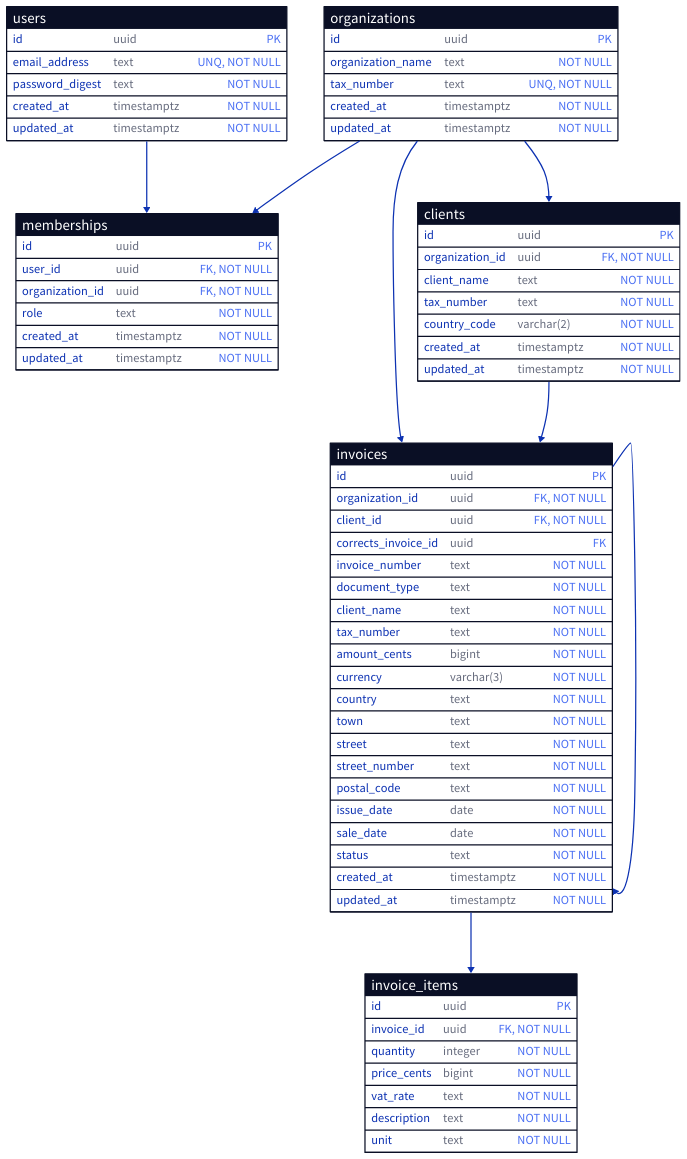
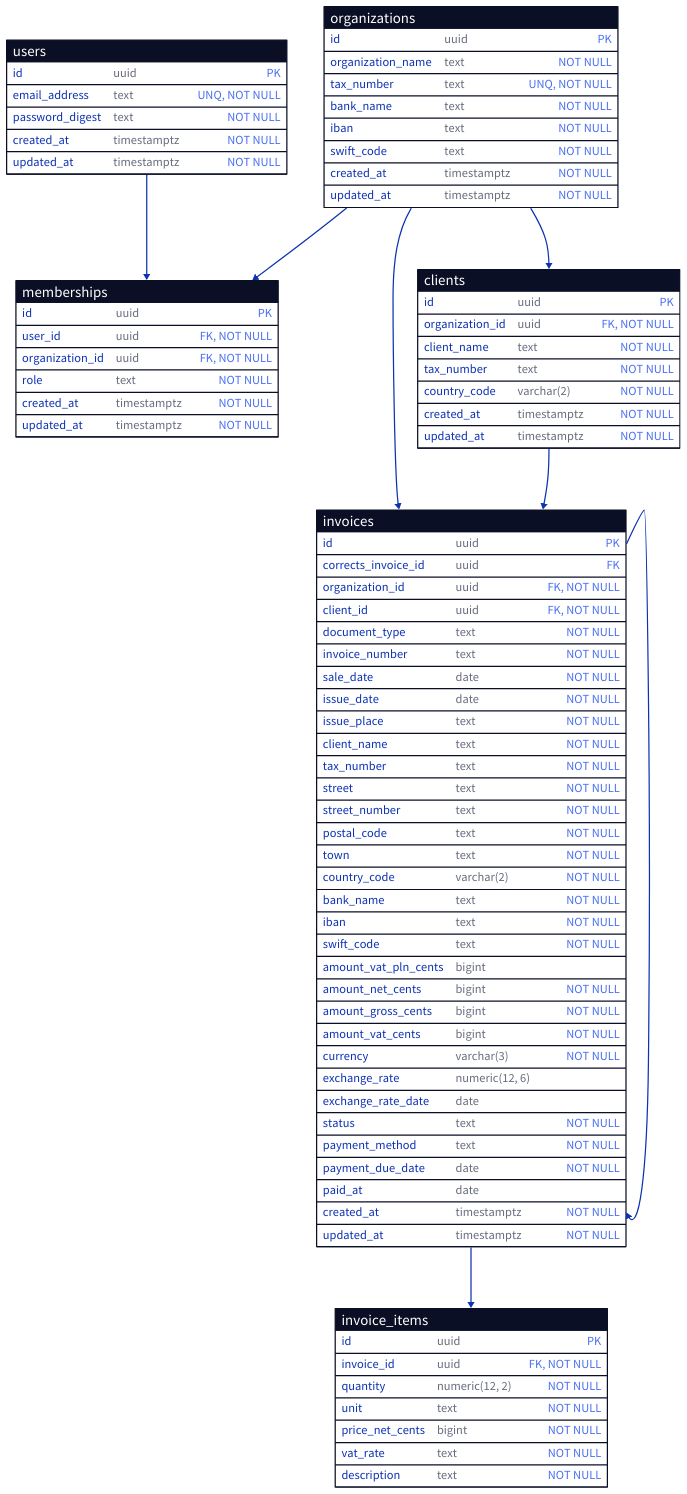
One commit to konradszl/invoicing-app changed the diagram in docs/diagrams/erd.d2. Above: the diagram before and after it, drawn with D2.

Commit message:
docs: add invoices and clients to ERD

```diff
--- a/docs/diagrams/erd.d2
+++ b/docs/diagrams/erd.d2
@@ -1,91 +1,106 @@
 organizations: {
     shape: sql_table
 
-    id:                  uuid        { constraint: primary_key }
-    organization_name:   text        { constraint: NOT NULL }
-    tax_number:          text        { constraint: [unique; NOT NULL]}
-    created_at:          timestamptz { constraint: NOT NULL}
-    updated_at:          timestamptz { constraint: NOT NULL}
+    id:                   uuid           { constraint: primary_key }
+    organization_name:    text           { constraint: NOT NULL }
+    tax_number:           text           { constraint: [unique; NOT NULL] }
+    bank_name:            text           { constraint: NOT NULL }
+    iban:                 text           { constraint: NOT NULL }
+    swift_code:           text           { constraint: NOT NULL }
+    created_at:           timestamptz    { constraint: NOT NULL }
+    updated_at:           timestamptz    { constraint: NOT NULL }
 }
 
 users: {
     shape: sql_table
 
-    id:                  uuid        { constraint: primary_key }
-    email_address:       text        { constraint: [unique; NOT NULL]}
-    password_digest:     text        { constraint: NOT NULL}
-    created_at:          timestamptz { constraint: NOT NULL}
-    updated_at:          timestamptz { constraint: NOT NULL}
+    id:                   uuid           { constraint: primary_key }
+    email_address:        text           { constraint: [unique; NOT NULL] }
+    password_digest:      text           { constraint: NOT NULL }
+    created_at:           timestamptz    { constraint: NOT NULL }
+    updated_at:           timestamptz    { constraint: NOT NULL }
 }
 
 memberships: {
     shape: sql_table
 
-    id:                  uuid        { constraint: primary_key }
-    user_id:             uuid        { constraint: [foreign_key; NOT NULL] }
-    organization_id:     uuid        { constraint: [foreign_key; NOT NULL] }
-    role:                text        { constraint: NOT NULL }
-    created_at:          timestamptz { constraint: NOT NULL}
-    updated_at:          timestamptz { constraint: NOT NULL}
+    id:                   uuid           { constraint: primary_key }
+    user_id:              uuid           { constraint: [foreign_key; NOT NULL] }
+    organization_id:      uuid           { constraint: [foreign_key; NOT NULL] }
+    role:                 text           { constraint: NOT NULL }
+    created_at:           timestamptz    { constraint: NOT NULL }
+    updated_at:           timestamptz    { constraint: NOT NULL }
 }
 
 clients: {
     shape: sql_table
 
-    id:                  uuid        { constraint: primary_key }
-    organization_id:     uuid        { constraint: [foreign_key; NOT NULL] }
-    client_name:         text        { constraint: NOT NULL }
-    tax_number:          text        { constraint: NOT NULL }
-    country_code:        varchar(2)  { constraint: NOT NULL }
-    created_at:          timestamptz { constraint: NOT NULL }
-    updated_at:          timestamptz { constraint: NOT NULL }
+    id:                   uuid           { constraint: primary_key }
+    organization_id:      uuid           { constraint: [foreign_key; NOT NULL] }
+    client_name:          text           { constraint: NOT NULL }
+    tax_number:           text           { constraint: NOT NULL }
+    country_code:         varchar(2)     { constraint: NOT NULL }
+    created_at:           timestamptz    { constraint: NOT NULL }
+    updated_at:           timestamptz    { constraint: NOT NULL }
 }
 
 invoices: {
     shape: sql_table
 
-    id:                  uuid        { constraint: primary_key }
-    organization_id:     uuid        { constraint: [foreign_key; NOT NULL] }
-    client_id:           uuid        { constraint: [foreign_key; NOT NULL] }
-    corrects_invoice_id: uuid        { constraint: foreign_key }
-    invoice_number:      text        { constraint: NOT NULL }
-    document_type:       text        { constraint: NOT NULL }
-    client_name:         text        { constraint: NOT NULL }
-    tax_number:          text        { constraint: NOT NULL }
-    amount_cents:        bigint      { constraint: NOT NULL }
-    currency:            varchar(3)  { constraint: NOT NULL }
-    country:             text        { constraint: NOT NULL }
-    town:                text        { constraint: NOT NULL }
-    street:              text        { constraint: NOT NULL }
-    street_number:       text        { constraint: NOT NULL }
-    postal_code:         text        { constraint: NOT NULL }
-    issue_date:          date        { constraint: NOT NULL }
-    sale_date:           date        { constraint: NOT NULL }
-    status:              text        { constraint: NOT NULL }
-    created_at:          timestamptz { constraint: NOT NULL }
-    updated_at:          timestamptz { constraint: NOT NULL }
+    id:                   uuid           { constraint: primary_key }
+    corrects_invoice_id:  uuid           { constraint: foreign_key }
+    organization_id:      uuid           { constraint: [foreign_key; NOT NULL] }
+    client_id:            uuid           { constraint: [foreign_key; NOT NULL] }
+    document_type:        text           { constraint: NOT NULL }
+    invoice_number:       text           { constraint: NOT NULL }
+    sale_date:            date           { constraint: NOT NULL }
+    issue_date:           date           { constraint: NOT NULL }
+    issue_place:          text           { constraint: NOT NULL }
+    client_name:          text           { constraint: NOT NULL }
+    tax_number:           text           { constraint: NOT NULL }
+    street:               text           { constraint: NOT NULL }
+    street_number:        text           { constraint: NOT NULL }
+    postal_code:          text           { constraint: NOT NULL }
+    town:                 text           { constraint: NOT NULL }
+    country_code:         varchar(2)     { constraint: NOT NULL }
+    bank_name:            text           { constraint: NOT NULL }
+    iban:                 text           { constraint: NOT NULL }
+    swift_code:           text           { constraint: NOT NULL }
+    amount_vat_pln_cents: bigint
+    amount_net_cents:     bigint         { constraint: NOT NULL }
+    amount_gross_cents:   bigint         { constraint: NOT NULL }
+    amount_vat_cents:     bigint         { constraint: NOT NULL }
+    currency:             varchar(3)     { constraint: NOT NULL }
+    exchange_rate:        numeric(12, 6)
+    exchange_rate_date:   date
+    status:               text           { constraint: NOT NULL }
+    payment_method:       text           { constraint: NOT NULL }
+    payment_due_date:     date           { constraint: NOT NULL }
+    paid_at:              date
+    created_at:           timestamptz    { constraint: NOT NULL }
+    updated_at:           timestamptz    { constraint: NOT NULL }
 }
 
 
 invoice_items: {
     shape: sql_table
 
-    id:                  uuid        { constraint: primary_key }
-    invoice_id:          uuid        { constraint: [foreign_key; NOT NULL] }
-    quantity:            integer     { constraint: NOT NULL }
-    price_cents:         bigint      { constraint: NOT NULL }
-    vat_rate:            text        { constraint: NOT NULL }
-    description:         text        { constraint: NOT NULL }
-    unit:                text        { constraint: NOT NULL}
+    id:                   uuid           { constraint: primary_key }
+    invoice_id:           uuid           { constraint: [foreign_key; NOT NULL] }
+    quantity:             numeric(12, 2) { constraint: NOT NULL }
+    unit:                 text           { constraint: NOT NULL }
+    price_net_cents:      bigint         { constraint: NOT NULL }
+    vat_rate:             text           { constraint: NOT NULL }
+    description:          text           { constraint: NOT NULL }
 }
 
 organizations.id -> memberships.organization_id
 organizations.id -> invoices.organization_id
 organizations.id -> clients.organization_id
 
 invoices.id -> invoice_items.invoice_id
 invoices.id -> invoices.corrects_invoice_id
 
 clients.id -> invoices.client_id
 
 users.id -> memberships.user_id
```
